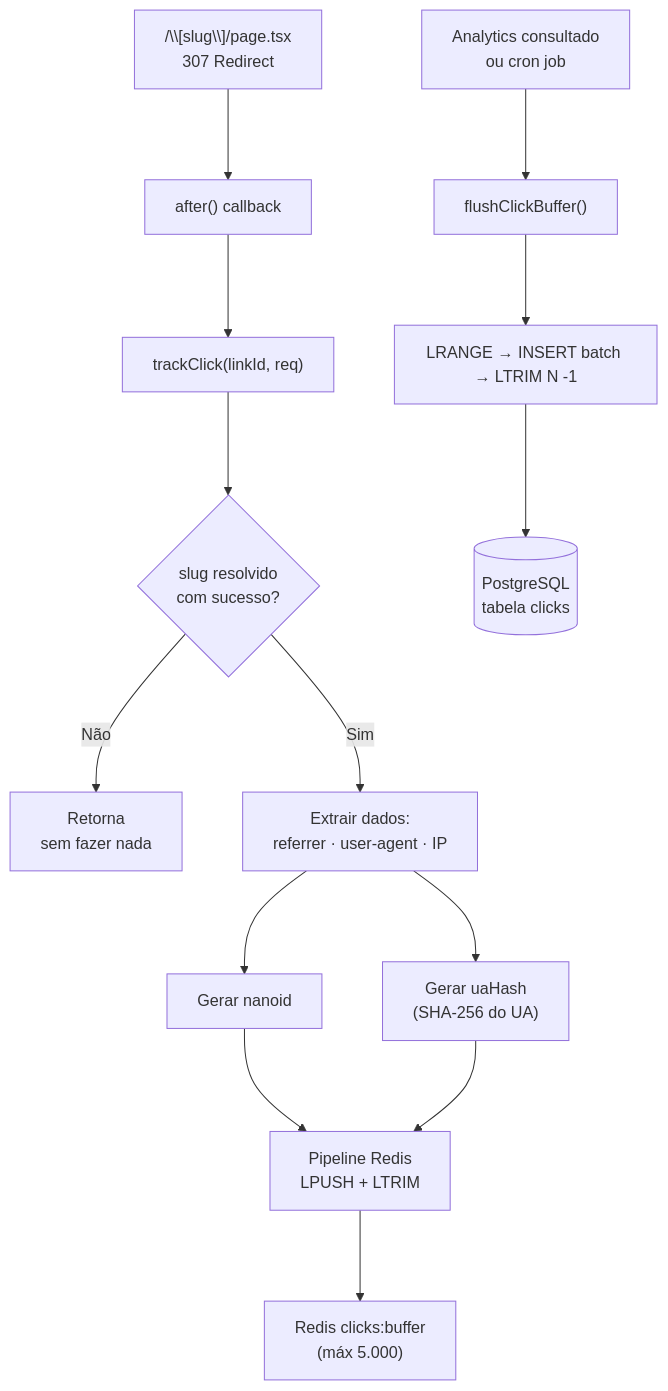
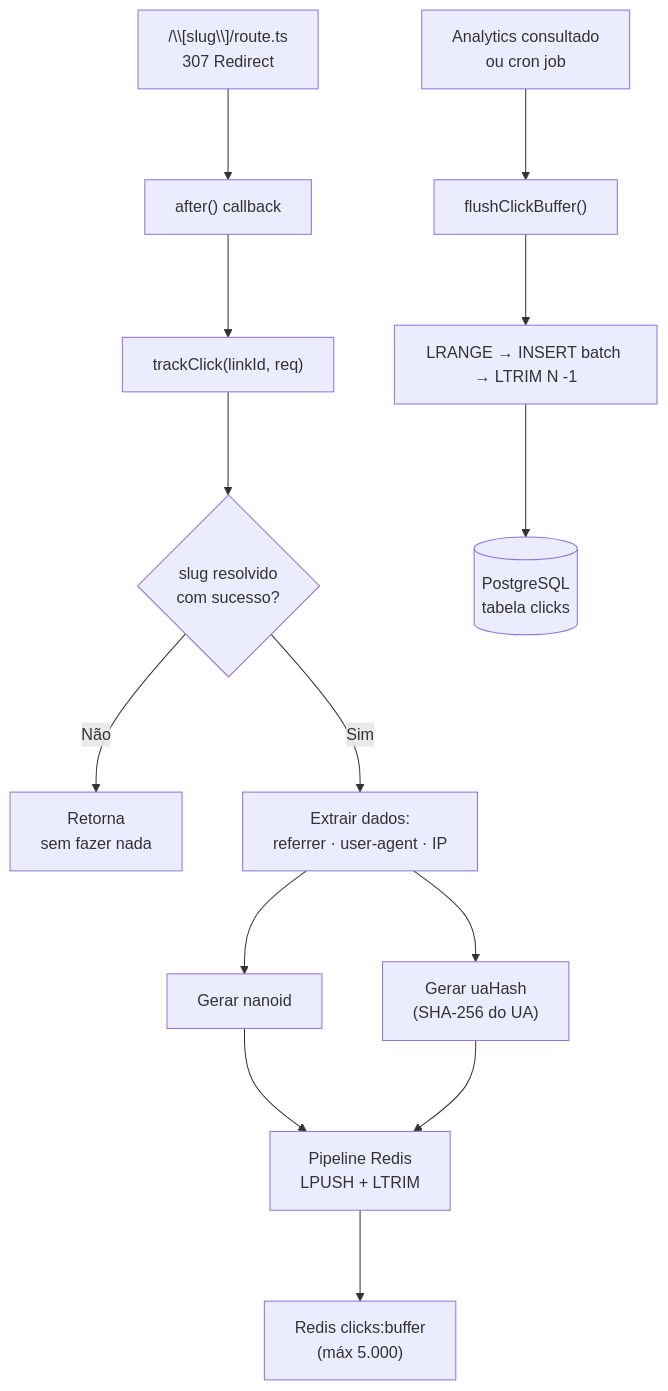
The fifth of 5 diagrams in docs/fluxo-de-dados.md (eduardoaugustolb/encurtador-url), drawn with Mermaid before and after one commit. The commit also changed 6 other files, not shown here.

Commit message:
fix: converte [slug] de Server Component p/ Route Handler (evita re-render) (#9)

````diff
--- a/docs/fluxo-de-dados.md
+++ b/docs/fluxo-de-dados.md
@@ -197,23 +197,23 @@
 ```mermaid
 %%{init: {'flowchart': {'nodeSpacing': 60, 'rankSpacing': 90}}}%%
 flowchart TB
-    A["/\\[slug\\]/page.tsx<br/>307 Redirect"] --> B["after() callback"]
+    A["/\\[slug\\]/route.ts<br/>307 Redirect"] --> B["after() callback"]
     B --> C["trackClick(linkId, req)"]
 
     C --> D{"slug resolvido<br/>com sucesso?"}
 
     D -->|Não| F["Retorna<br/>sem fazer nada"]
     D -->|Sim| E["Extrair dados:<br/>referrer · user-agent · IP"]
 
     E --> G["Gerar nanoid"]
     E --> H["Gerar uaHash<br/>(SHA-256 do UA)"]
 
     G --> I["Pipeline Redis<br/>LPUSH + LTRIM"]
     H --> I
 
     I --> J["Redis clicks:buffer<br/>(máx 5.000)"]
 
     K["Analytics consultado<br/>ou cron job"] --> L["flushClickBuffer()"]
     L --> M["LRANGE → INSERT batch → LTRIM N -1"]
     M --> N[("PostgreSQL<br/>tabela clicks")]
 ```
````
